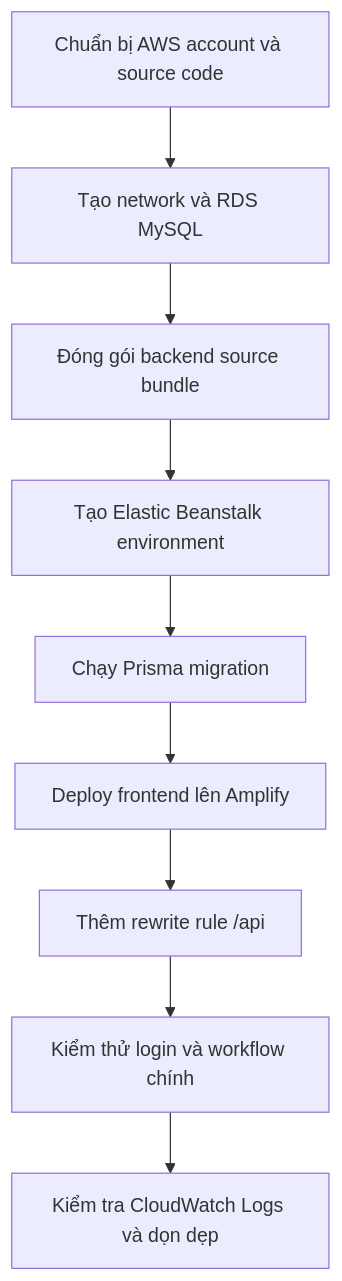
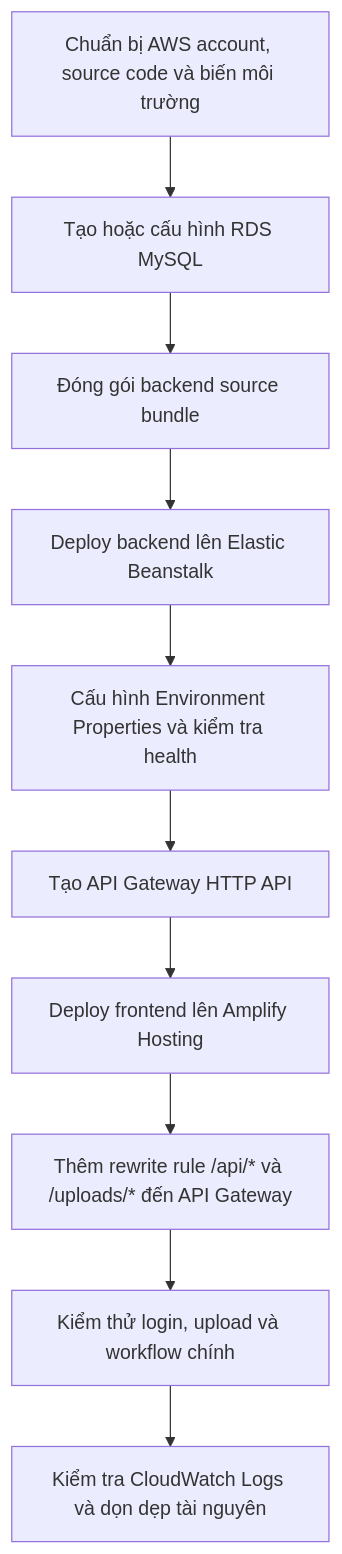
The diagram in content/5-Workshop/5.1-Workshop-overview/_index.vi.md (dungg-z04/eam-workshop-report), drawn with Mermaid before and after one commit. The commit also changed other lines of this file and 204 other files, not shown here.

```diff
--- a/content/5-Workshop/5.1-Workshop-overview/_index.vi.md
+++ b/content/5-Workshop/5.1-Workshop-overview/_index.vi.md
@@ -33,11 +40,12 @@
 {{< mermaid >}}
 flowchart TD
-    A["Chuẩn bị AWS account và source code"] --> B["Tạo network và RDS MySQL"]
+    A["Chuẩn bị AWS account, source code và biến môi trường"] --> B["Tạo hoặc cấu hình RDS MySQL"]
     B --> C["Đóng gói backend source bundle"]
-    C --> D["Tạo Elastic Beanstalk environment"]
-    D --> E["Chạy Prisma migration"]
-    E --> F["Deploy frontend lên Amplify"]
-    F --> G["Thêm rewrite rule /api"]
-    G --> H["Kiểm thử login và workflow chính"]
-    H --> I["Kiểm tra CloudWatch Logs và dọn dẹp"]
+    C --> D["Deploy backend lên Elastic Beanstalk"]
+    D --> E["Cấu hình Environment Properties và kiểm tra health"]
+    E --> F["Tạo API Gateway HTTP API"]
+    F --> G["Deploy frontend lên Amplify Hosting"]
+    G --> H["Thêm rewrite rule /api/* và /uploads/* đến API Gateway"]
+    H --> I["Kiểm thử login, upload và workflow chính"]
+    I --> J["Kiểm tra CloudWatch Logs và dọn dẹp tài nguyên"]
 {{< /mermaid >}}
```
